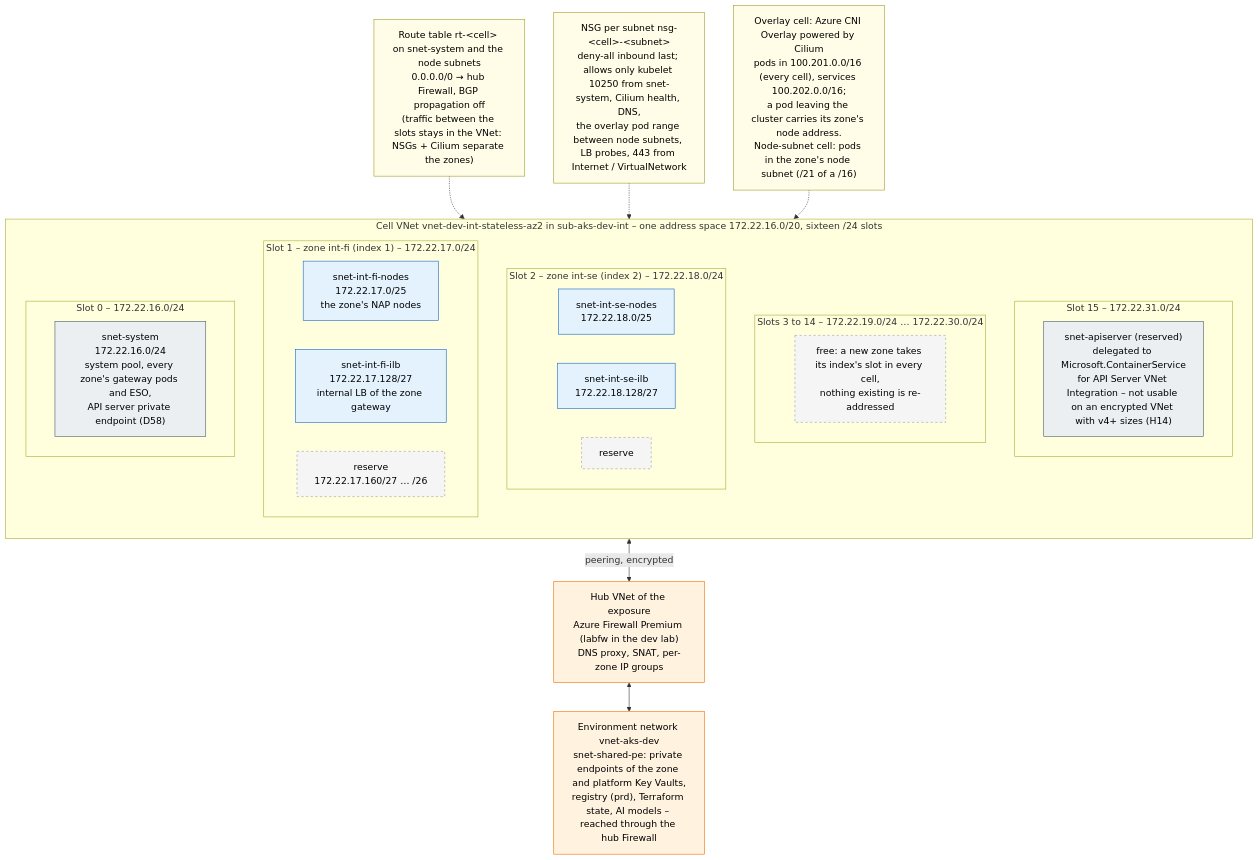
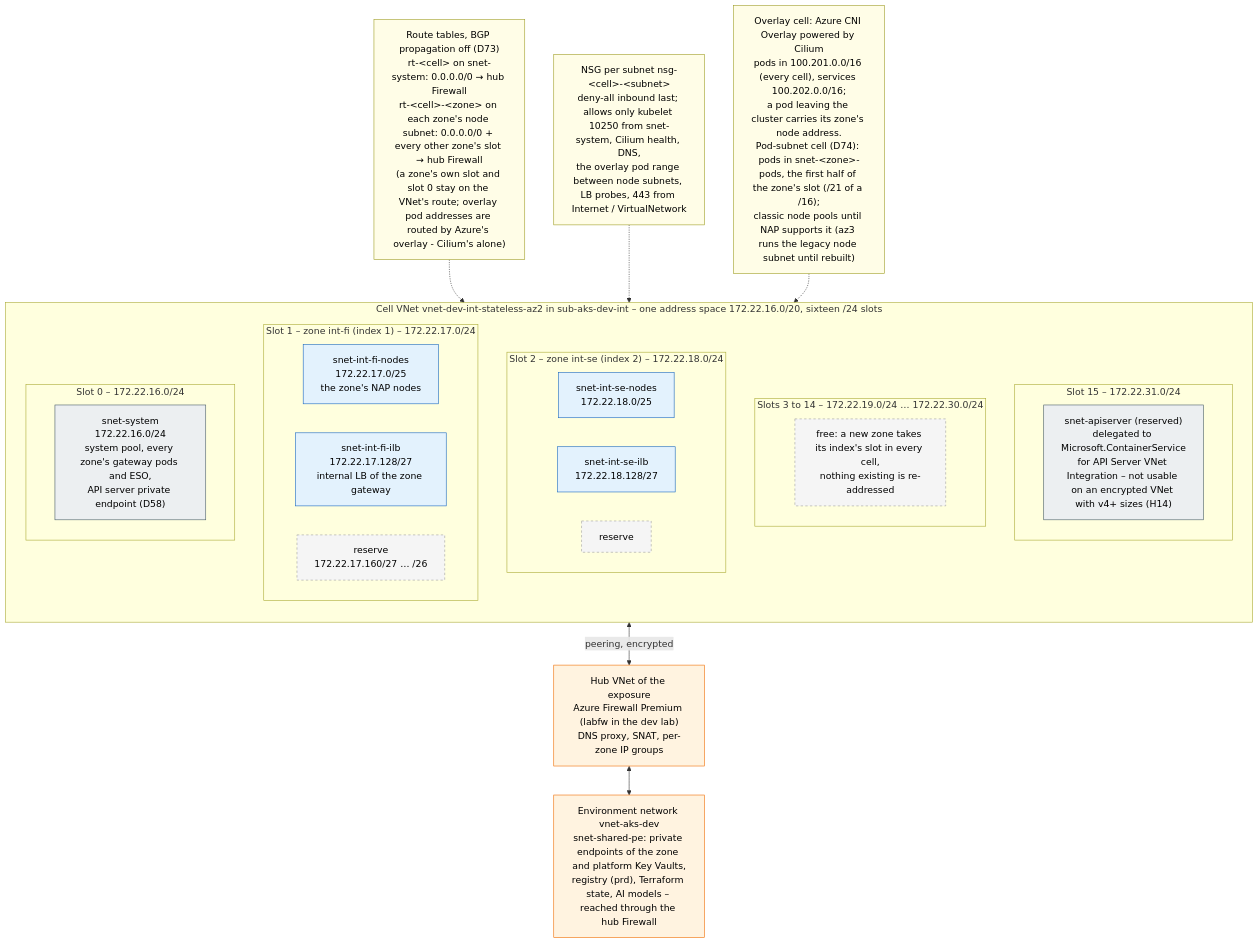
The diagram in diagrams/2.1-network-subnets.mmd (onek8s/onek8s.github.io), drawn with Mermaid before and after one commit. The commit also changed 16 other files, not shown here.

First line of the commit message:
Zone-to-zone traffic through the hub Firewall (D73) and the pod-subnet cell with classic node pools (D74) (#75)

```diff
--- a/diagrams/2.1-network-subnets.mmd
+++ b/diagrams/2.1-network-subnets.mmd
@@ -1,58 +1,61 @@
 %% Subnet layout of an AKS spoke VNet, here an internal overlay cell with the dev lab's addressing (172.22.16.0/20).
 %% One address space per cell, cut into sixteen equal slots: slot 0 the system subnet, slots 1-14 the isolation
 %% zones by their index (the same index in every cell of the exposure), slot 15 reserved for the delegated API
 %% server subnet of VNet integration (H14). In a zone's slot the first half is the node subnet and the fifth eighth
-%% the load balancer subnet; the rest is reserve (address plan, section 3.1). A node-subnet cell (D59) is the same
-%% with a /16 of 100.64.0.0/10 and its pods in the node subnets. Private endpoints are not in the cells (snet-shared-pe).
+%% the load balancer subnet; the rest is reserve (address plan, section 3.1). A pod-subnet cell (D74) is the same
+%% with a /16 of 100.64.0.0/10, the pod subnet as the first half of the slot and the nodes in the sixth eighth; the lab's
+%% az3 still runs the legacy node subnet (D59) until it is rebuilt. Private endpoints are not in the cells (snet-shared-pe).
 %% Internal and external are separate clusters and subscriptions (D52): an external cell's VNet is the same layout
-%% with ext-fi / ext-se in its slots and public load balancers for its zone gateways.
+%% with ext-fi / ext-se in its slots and public load balancers for its zone gateways. Since D73 (2026-10-18) a zone's node
+%% subnet routes every other zone's slot to the hub Firewall, so zone-to-zone traffic that carries node addresses is denied
+%% and logged there; the system subnet keeps the default route alone.
 flowchart TB
     subgraph VNET["Cell VNet vnet-dev-int-stateless-az2 in sub-aks-dev-int – one address space 172.22.16.0/20, sixteen /24 slots"]
         direction TB
         subgraph S15["Slot 15 – 172.22.31.0/24"]
             direction LR
             api["snet-apiserver (reserved)<br/>delegated to Microsoft.ContainerService<br/>for API Server VNet Integration – not usable on an encrypted VNet with v4+ sizes (H14)"]
         end
         subgraph SF["Slots 3 to 14 – 172.22.19.0/24 … 172.22.30.0/24"]
             direction LR
             free["free: a new zone takes its index's slot in every cell,<br/>nothing existing is re-addressed"]
         end
         subgraph S2["Slot 2 – zone int-se (index 2) – 172.22.18.0/24"]
             direction LR
             ise_n["snet-int-se-nodes<br/>172.22.18.0/25"]
             ise_i["snet-int-se-ilb<br/>172.22.18.128/27"]
             ise_r["reserve"]
         end
         subgraph S1["Slot 1 – zone int-fi (index 1) – 172.22.17.0/24"]
             direction LR
             ifi_n["snet-int-fi-nodes<br/>172.22.17.0/25<br/>the zone's NAP nodes"]
             ifi_i["snet-int-fi-ilb<br/>172.22.17.128/27<br/>internal LB of the zone gateway"]
             ifi_r["reserve<br/>172.22.17.160/27 … /26"]
         end
         subgraph S0["Slot 0 – 172.22.16.0/24"]
             direction LR
             sys["snet-system<br/>172.22.16.0/24<br/>system pool, every zone's gateway pods and ESO,<br/>API server private endpoint (D58)"]
         end
     end
 
     shared["Environment network vnet-aks-dev<br/>snet-shared-pe: private endpoints of the zone and platform Key Vaults,<br/>registry (prd), Terraform state, AI models – reached through the hub Firewall"]
     hub["Hub VNet of the exposure<br/>Azure Firewall Premium (labfw in the dev lab)<br/>DNS proxy, SNAT, per-zone IP groups"]
-    rt["Route table rt-&lt;cell&gt; on snet-system and the node subnets<br/>0.0.0.0/0 → hub Firewall, BGP propagation off<br/>(traffic between the slots stays in the VNet: NSGs + Cilium separate the zones)"]
+    rt["Route tables, BGP propagation off (D73)<br/>rt-&lt;cell&gt; on snet-system: 0.0.0.0/0 → hub Firewall<br/>rt-&lt;cell&gt;-&lt;zone&gt; on each zone's node subnet: 0.0.0.0/0 + every other zone's slot → hub Firewall<br/>(a zone's own slot and slot 0 stay on the VNet's route; overlay pod addresses are routed by Azure's overlay - Cilium's alone)"]
     nsg["NSG per subnet nsg-&lt;cell&gt;-&lt;subnet&gt;<br/>deny-all inbound last; allows only kubelet 10250 from snet-system, Cilium health, DNS,<br/>the overlay pod range between node subnets, LB probes, 443 from Internet / VirtualNetwork"]
-    cni["Overlay cell: Azure CNI Overlay powered by Cilium<br/>pods in 100.201.0.0/16 (every cell), services 100.202.0.0/16;<br/>a pod leaving the cluster carries its zone's node address.<br/>Node-subnet cell: pods in the zone's node subnet (/21 of a /16)"]
+    cni["Overlay cell: Azure CNI Overlay powered by Cilium<br/>pods in 100.201.0.0/16 (every cell), services 100.202.0.0/16;<br/>a pod leaving the cluster carries its zone's node address.<br/>Pod-subnet cell (D74): pods in snet-&lt;zone&gt;-pods, the first half of the zone's slot (/21 of a /16);<br/>classic node pools until NAP supports it (az3 runs the legacy node subnet until rebuilt)"]
     rt -.-> VNET
     nsg -.-> VNET
     cni -.-> VNET
     VNET <-->|"peering, encrypted"| hub
     hub <--> shared
 
     classDef cp fill:#eceff1,stroke:#455a64,color:#000
     classDef int fill:#e3f2fd,stroke:#1565c0,color:#000
     classDef res fill:#f5f5f5,stroke:#9e9e9e,color:#000,stroke-dasharray: 4 4
     classDef note fill:#fffde7,stroke:#9e9d24,color:#000
     classDef ext fill:#fff3e0,stroke:#ef6c00,color:#000
     class sys,api cp
     class ifi_n,ifi_i,ise_n,ise_i int
     class ifi_r,ise_r,free res
     class rt,nsg,cni note
     class shared,hub ext
```
